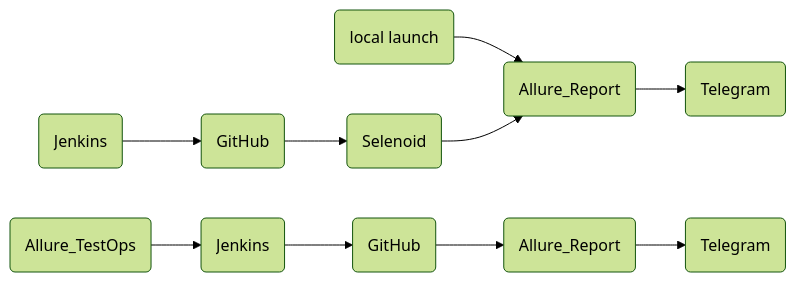
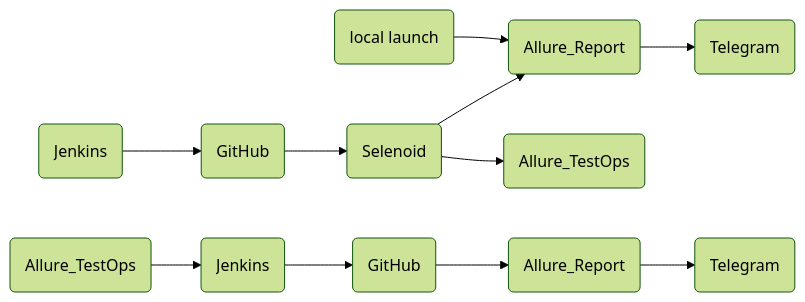
The diagram in README.md (maxkonushkin/FirstProject), drawn with Mermaid (forest theme) before and after one commit.

Commit message:
add mermaid

````diff
--- a/README.md
+++ b/README.md
@@ -60,6 +60,7 @@
 ``` mermaid
 flowchart LR;
 A(local launch)-->B(Allure_Report);
     C(Jenkins)-->D(GitHub)-->U(Selenoid)-->B(Allure_Report)-->E(Telegram);
+    U(Selenoid)-->I(Allure_TestOps);
     Q(Allure_TestOps)-->W(Jenkins)-->R(GitHub)-->T(Allure_Report)-->Y(Telegram); 
 ```
````
